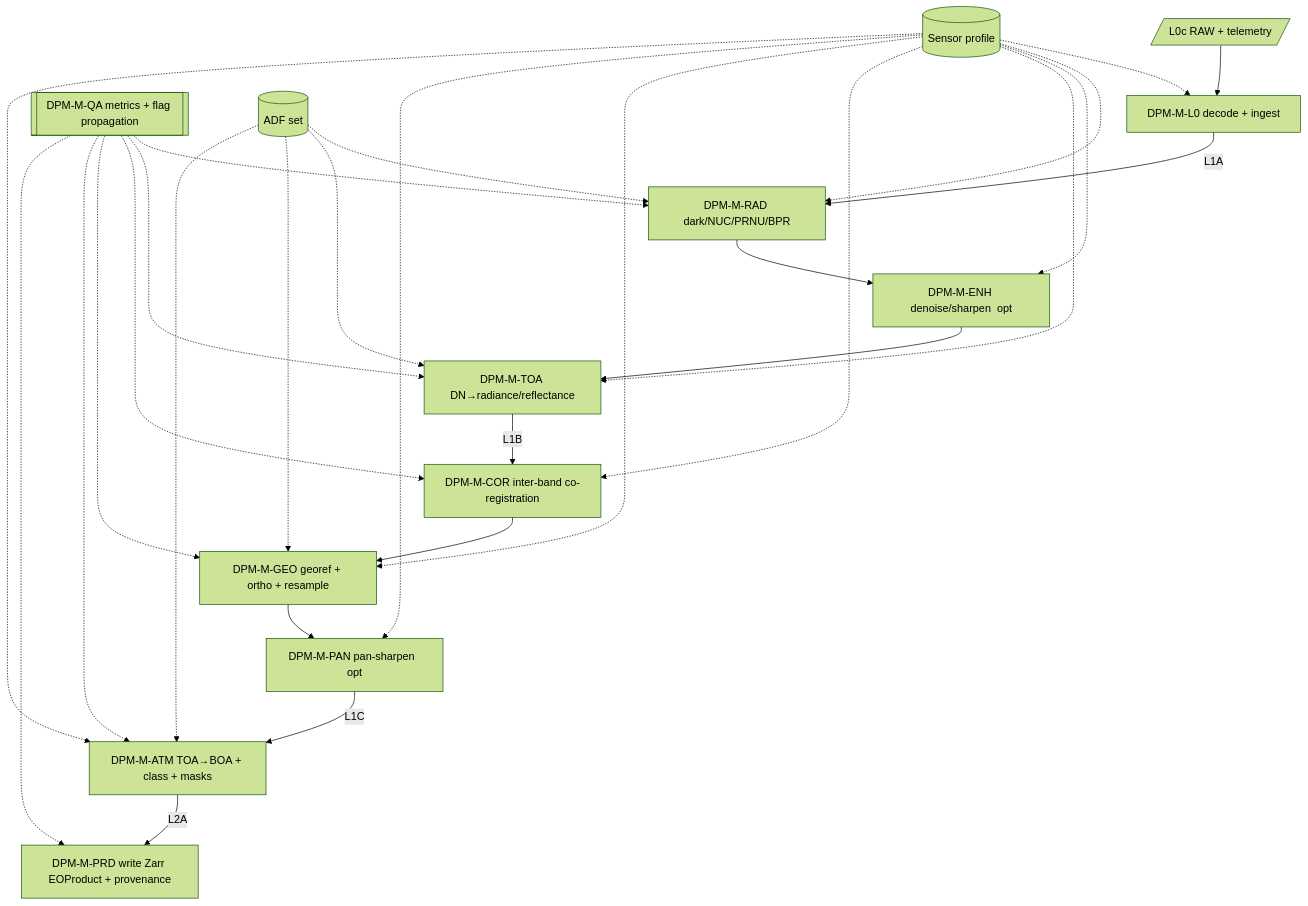
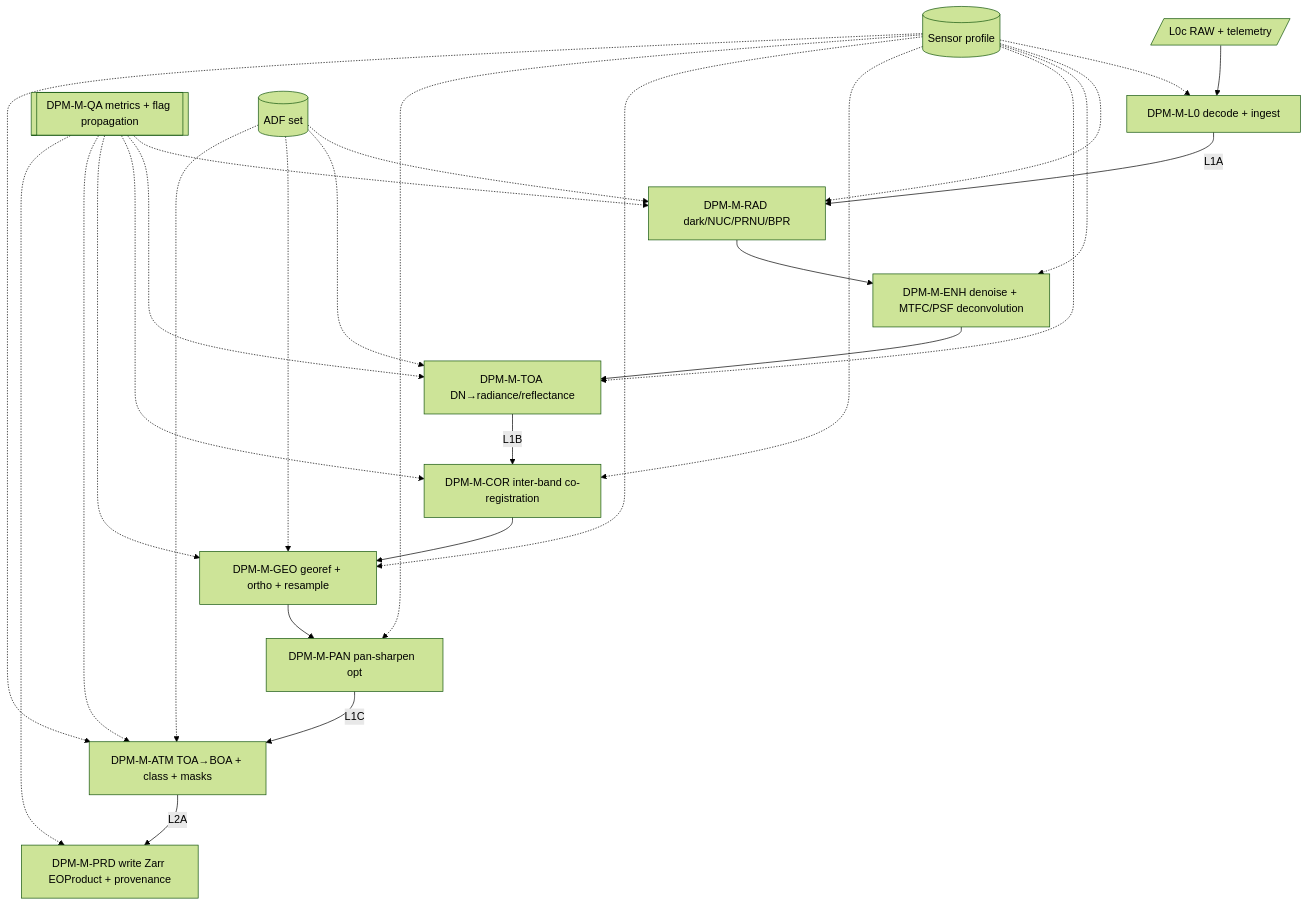
Before and after one commit to AstroCan17/msi-processor: the second of 10 diagrams in compliance/drd/dpm-data-processing-model.md, drawn with Mermaid (forest theme). The commit also changed other lines of this file and 4 other files, not shown here.

First line of the commit message:
change(cr): make enhancement mandatory; sharpening = MTF compensation (PSF deconvolution)

````diff
--- a/compliance/drd/dpm-data-processing-model.md
+++ b/compliance/drd/dpm-data-processing-model.md
@@ -208,15 +214,15 @@
 ```mermaid
 flowchart TD
   L0c[/L0c RAW + telemetry/] --> M0[DPM-M-L0 decode + ingest]
   M0 -->|L1A| MR[DPM-M-RAD dark/NUC/PRNU/BPR]
-  MR --> ME[DPM-M-ENH denoise/sharpen  opt]
+  MR --> ME[DPM-M-ENH denoise + MTFC/PSF deconvolution]
   ME --> MT[DPM-M-TOA DN→radiance/reflectance]
   MT -->|L1B| MC[DPM-M-COR inter-band co-registration]
   MC --> MG[DPM-M-GEO georef + ortho + resample]
   MG --> MP[DPM-M-PAN pan-sharpen  opt]
   MP -->|L1C| MA[DPM-M-ATM TOA→BOA + class + masks]
   MA -->|L2A| W[DPM-M-PRD write Zarr EOProduct + provenance]
   QA[[DPM-M-QA metrics + flag propagation]] -.-> MR & MT & MC & MG & MA & W
   ADF[(ADF set)] -.-> MR & MT & MG & MA
   PROF[(Sensor profile)] -.-> M0 & MR & ME & MT & MC & MG & MP & MA
 ```
````
